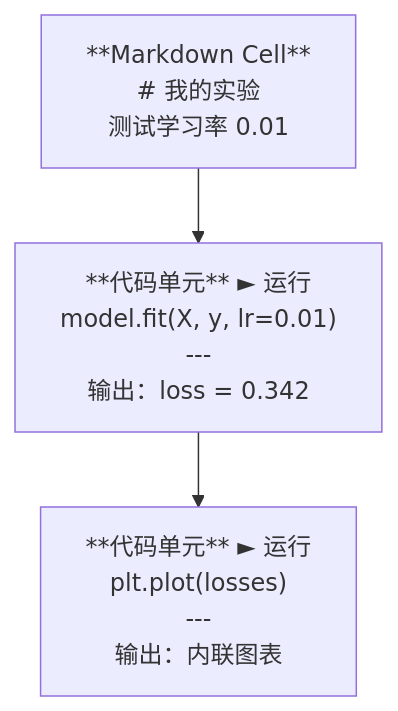
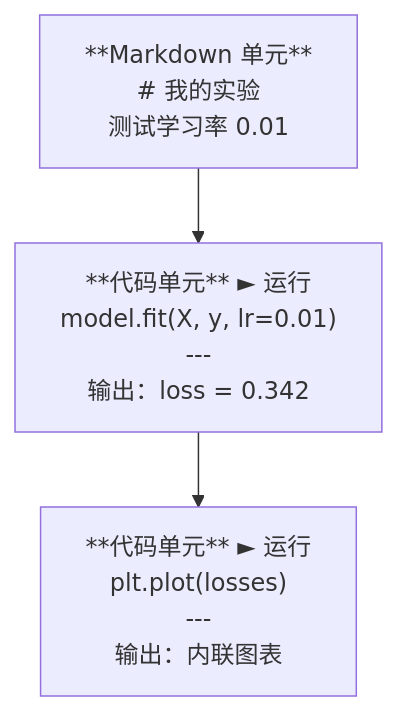
The first of 2 diagrams in phases/00-setup-and-tooling/05-jupyter-notebooks/docs/zh.md (omigaZen/ai-engineering-from-scratch), drawn with Mermaid before and after one commit. The commit also changed other lines of this file, not shown here.

Commit message:
feat(phase-00/05): polish jupyter notebooks text

````diff
--- a/phases/00-setup-and-tooling/05-jupyter-notebooks/docs/zh.md
+++ b/phases/00-setup-and-tooling/05-jupyter-notebooks/docs/zh.md
@@ -27,5 +27,5 @@
 ```mermaid
 graph TD
-    A["**Markdown Cell**\n# 我的实验\n测试学习率 0.01"] --> B["**代码单元** ► 运行\nmodel.fit(X, y, lr=0.01)\n---\n输出：loss = 0.342"]
+    A["**Markdown 单元**\n# 我的实验\n测试学习率 0.01"] --> B["**代码单元** ► 运行\nmodel.fit(X, y, lr=0.01)\n---\n输出：loss = 0.342"]
     B --> C["**代码单元** ► 运行\nplt.plot(losses)\n---\n输出：内联图表"]
 ```
````
